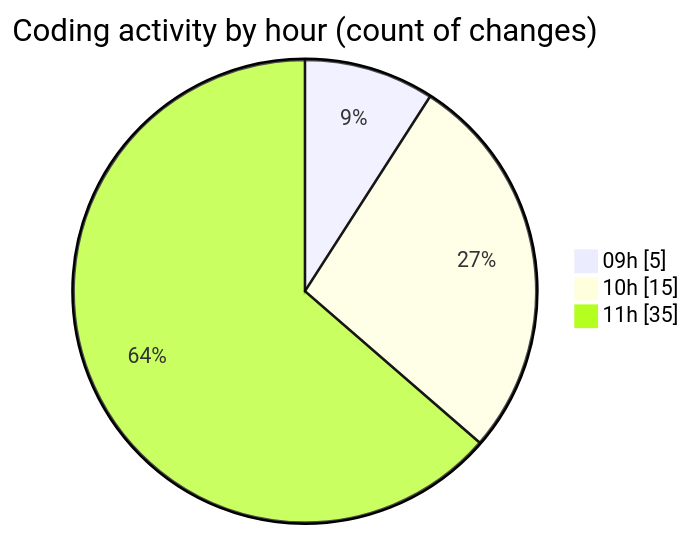
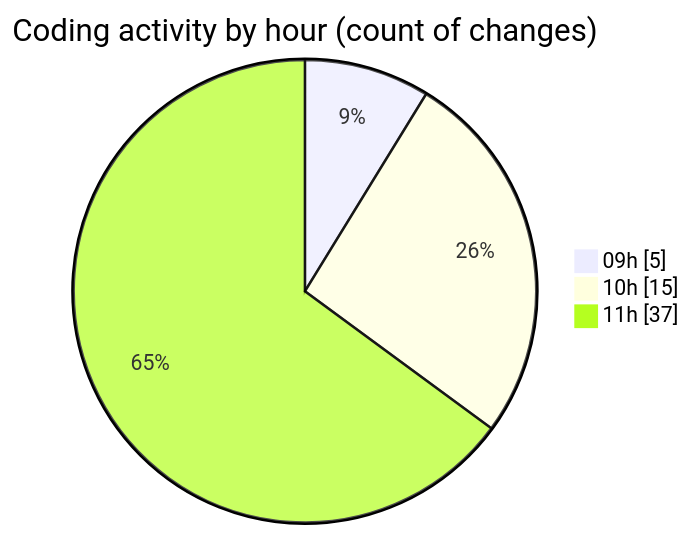
One commit to CELIANVF/code-tracking changed the second of 2 diagrams in 2025-06-13/ecodeli-1/README.md. Above: the diagram before and after it, drawn with Mermaid. The commit also changed other lines of this file and 1 other file, not shown here.

````diff
--- a/2025-06-13/ecodeli-1/README.md
+++ b/2025-06-13/ecodeli-1/README.md
@@ -41,7 +41,7 @@
 ```mermaid
 pie showData
 title Coding activity by hour (count of changes)
 "09h" : 5
 "10h" : 15
-"11h" : 35
+"11h" : 37
 ```
````
